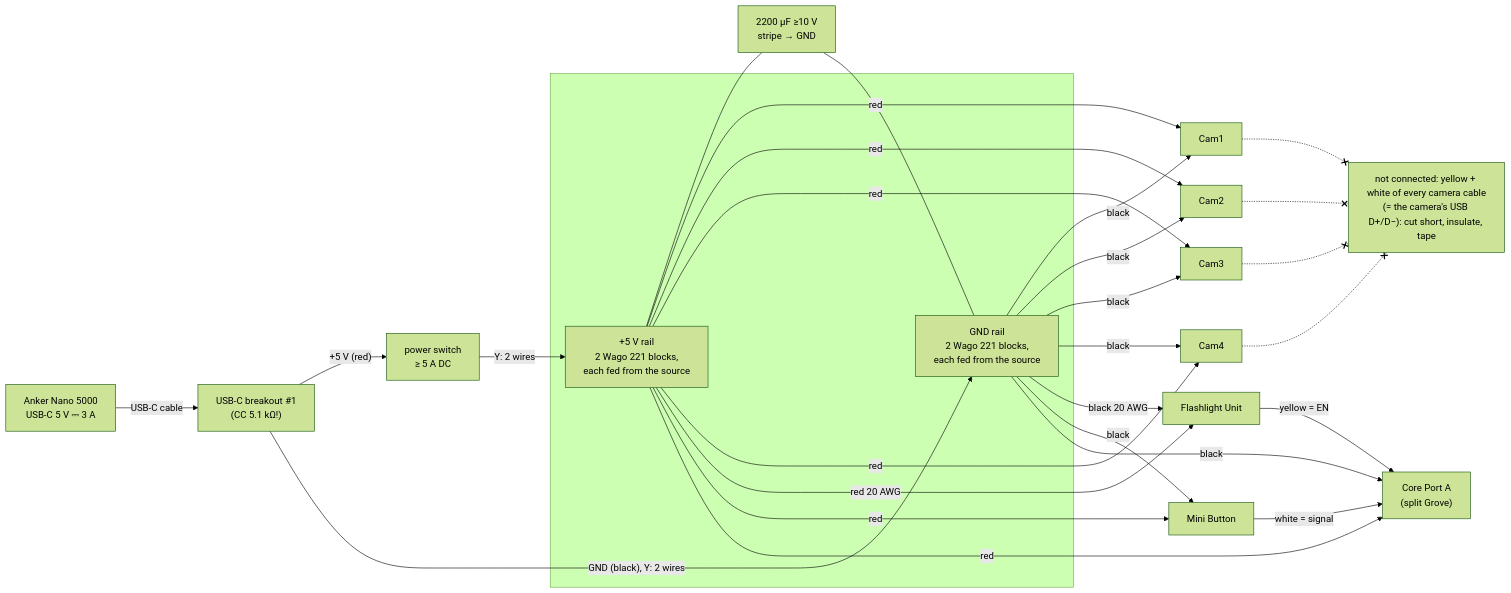
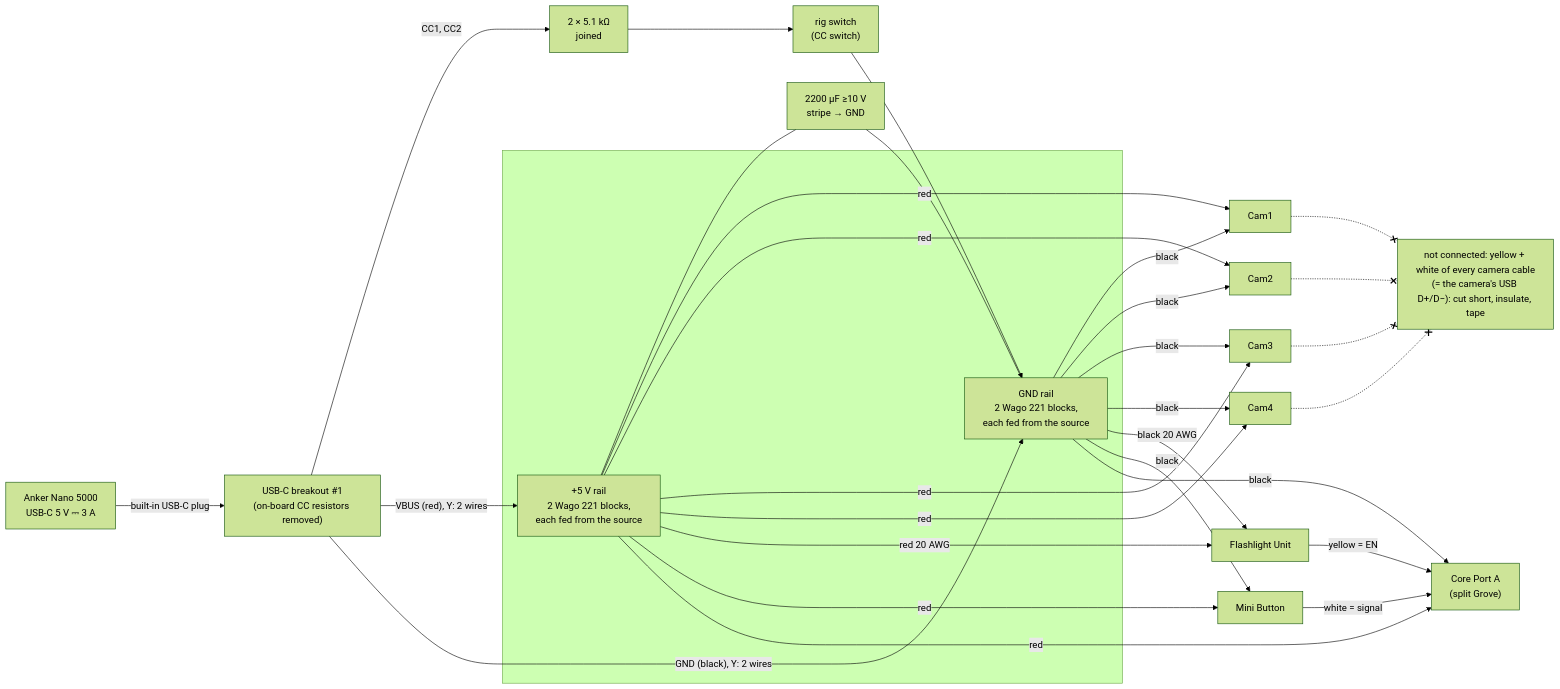
One commit to qurle/x4 changed the first of 2 diagrams in docs/WIRING.md. Above: the diagram before and after it, drawn with Mermaid (forest theme). The commit also changed other lines of this file and 11 other files, not shown here.

First line of the commit message:
Docs: the rig switch is a CC switch (built)

````diff
--- a/docs/WIRING.md
+++ b/docs/WIRING.md
@@ -12,24 +12,26 @@
 ```mermaid
 flowchart LR
-  BANK["Anker Nano 5000<br/>USB-C 5 V ⎓ 3 A"] -->|USB-C cable| BRK["USB-C breakout #1<br/>(CC 5.1 kΩ!)"]
-  BRK -->|"+5 V (red)"| SW["power switch<br/>≥ 5 A DC"]
+  BANK["Anker Nano 5000<br/>USB-C 5 V ⎓ 3 A"] -->|"built-in USB-C plug"| BRK["USB-C breakout #1<br/>(on-board CC resistors removed)"]
+  BRK -->|"CC1, CC2"| RCC["2 × 5.1 kΩ<br/>joined"]
+  RCC --> SW["rig switch<br/>(CC switch)"]
+  SW --> GRAIL
+  BRK -->|"VBUS (red), Y: 2 wires"| PRAIL["+5 V rail<br/>2 Wago 221 blocks,<br/>each fed from the source"]
   BRK -->|"GND (black), Y: 2 wires"| GRAIL
-  SW -->|"Y: 2 wires"| PRAIL["+5 V rail<br/>2 Wago 221 blocks,<br/>each fed from the source"]
   subgraph rails[" "]
     PRAIL
     GRAIL["GND rail<br/>2 Wago 221 blocks,<br/>each fed from the source"]
   end
   CAP["2200 µF ≥10 V<br/>stripe → GND"]
   PRAIL --- CAP --- GRAIL
   PRAIL -->|red| C1[Cam1] & C2[Cam2] & C3[Cam3] & C4[Cam4]
   GRAIL -->|black| C1 & C2 & C3 & C4
   PRAIL -->|"red 20 AWG"| FL[Flashlight Unit]
   GRAIL -->|"black 20 AWG"| FL
   PRAIL -->|red| BTN[Mini Button]
   GRAIL -->|black| BTN
   PRAIL -->|"red"| PA["Core Port A<br/>(split Grove)"]
   GRAIL -->|"black"| PA
   FL -->|"yellow = EN"| PA
   BTN -->|"white = signal"| PA
   C1 & C2 & C3 & C4 -.-x NC["not connected: yellow + white of every camera cable<br/>(= the camera's USB D+/D−): cut short, insulate, tape"]
 ```
````
